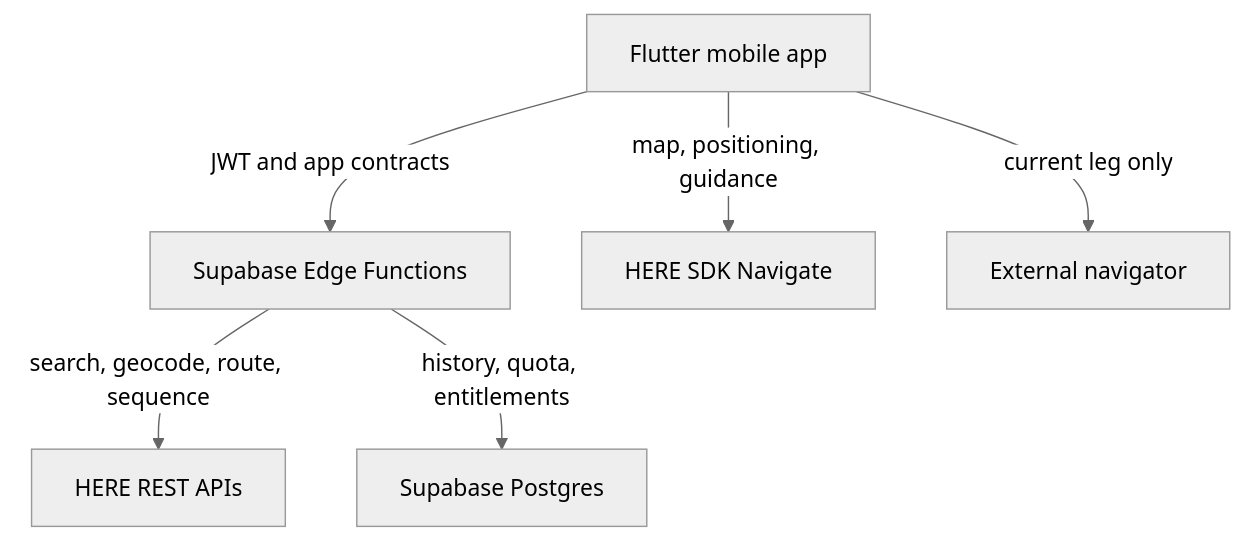
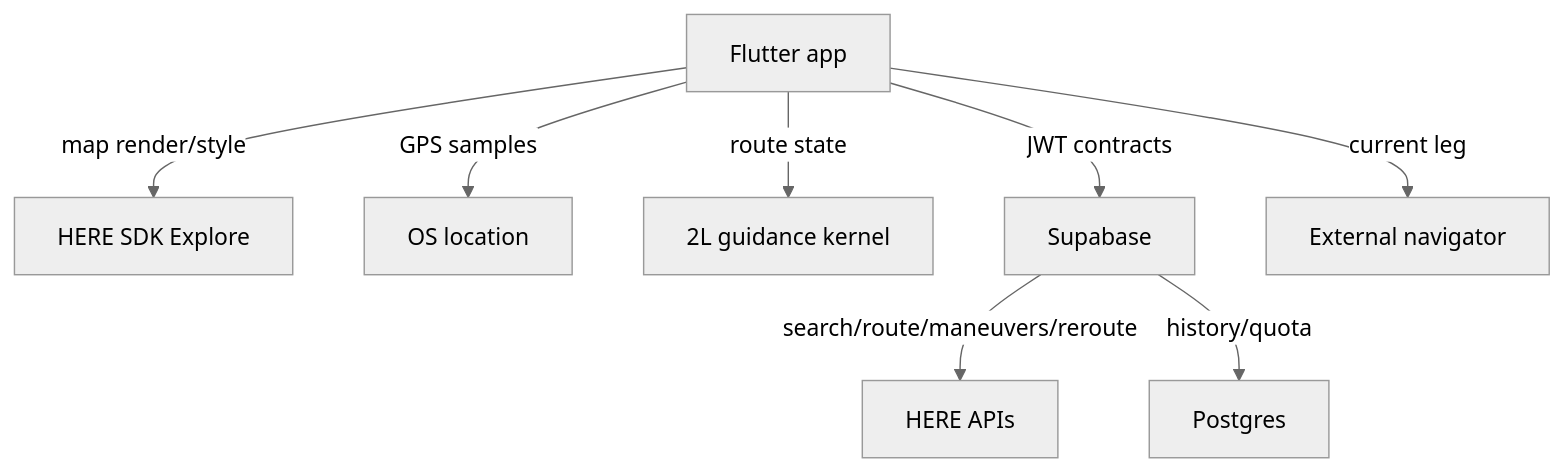
One commit to doppiaelle/2L-maps changed the second of 2 diagrams in README.md. Above: the diagram before and after it, drawn with Mermaid (neutral theme). The commit also changed other lines of this file, not shown here.

Commit message:
docs(readme): describe Explore and owned guidance target

````diff
--- a/README.md
+++ b/README.md
@@ -79,8 +86,10 @@
 ```mermaid
 flowchart TD
-  A["Flutter mobile app"] -->|JWT and app contracts| B["Supabase Edge Functions"]
-  A -->|map, positioning, guidance| C["HERE SDK Navigate"]
-  B -->|search, geocode, route, sequence| D["HERE REST APIs"]
-  B -->|history, quota, entitlements| E["Supabase Postgres"]
-  A -->|current leg only| F["External navigator"]
+  A["Flutter app"] -->|map render/style| B["HERE SDK Explore"]
+  A -->|GPS samples| C["OS location"]
+  A -->|route state| D["2L guidance kernel"]
+  A -->|JWT contracts| E["Supabase"]
+  E -->|search/route/maneuvers/reroute| F["HERE APIs"]
+  E -->|history/quota| G["Postgres"]
+  A -->|current leg| H["External navigator"]
 ```
````
